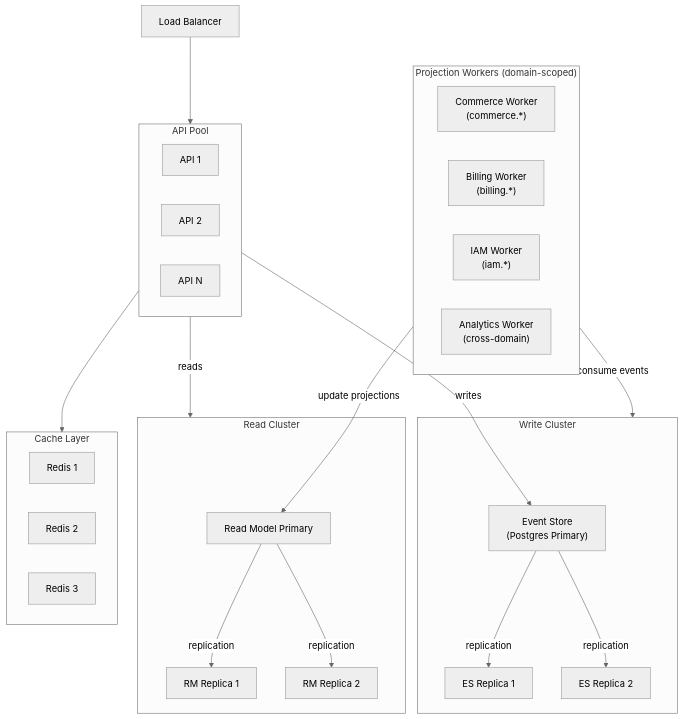
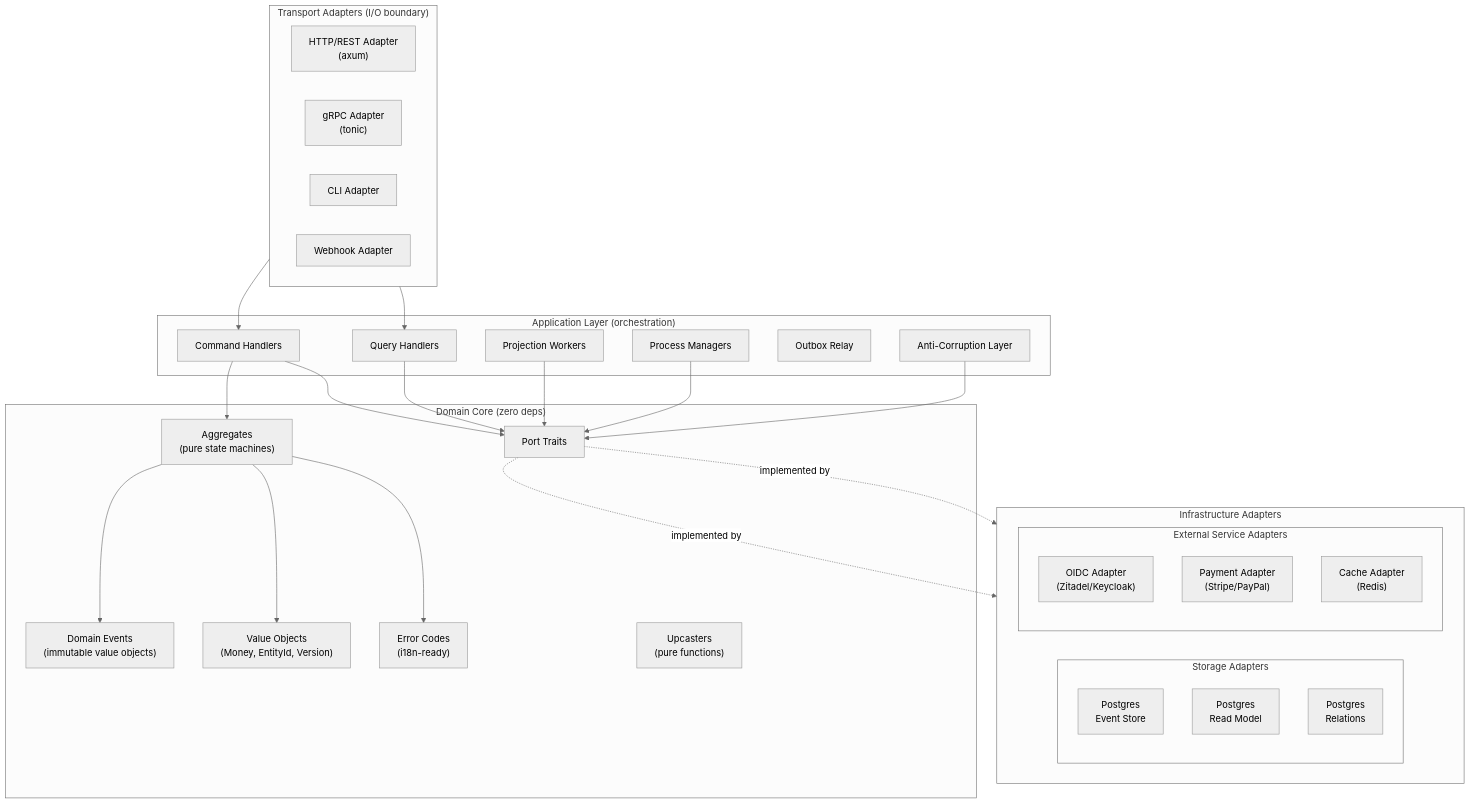
One commit to hlop3z/claude-ai-dangerous changed the tenth of 17 diagrams in .claude/.notes/Event-Driven-System.md. Above: the diagram before and after it, drawn with Mermaid (neutral theme). The commit also changed other lines of this file, not shown here.

````diff
--- a/.claude/.notes/Event-Driven-System.md
+++ b/.claude/.notes/Event-Driven-System.md
@@ -1263,49 +1223,57 @@
 ```mermaid
 flowchart TD
-    LB["Load Balancer"]
-
-    subgraph API_POOL["API Pool"]
-        API1["API 1"]
-        API2["API 2"]
-        APIN["API N"]
+    subgraph Transport["Transport Adapters (I/O boundary)"]
+        HTTP["HTTP/REST Adapter\n(axum)"]
+        GRPC["gRPC Adapter\n(tonic)"]
+        CLI["CLI Adapter"]
+        WEBHOOK["Webhook Adapter"]
     end
 
-    subgraph WRITE_CLUSTER["Write Cluster"]
-        PG_ES["Event Store\n(Postgres Primary)"]
-        PG_ES_R1["ES Replica 1"]
-        PG_ES_R2["ES Replica 2"]
+    subgraph Application["Application Layer (orchestration)"]
+        CH["Command Handlers"]
+        QH["Query Handlers"]
+        PW["Projection Workers"]
+        PM["Process Managers"]
+        OR["Outbox Relay"]
+        ACL["Anti-Corruption Layer"]
     end
 
-    subgraph READ_CLUSTER["Read Cluster"]
-        PG_RM["Read Model Primary"]
-        PG_RM_R1["RM Replica 1"]
-        PG_RM_R2["RM Replica 2"]
+    subgraph Domain["Domain Core (zero deps)"]
+        AGG["Aggregates\n(pure state machines)"]
+        EVT["Domain Events\n(immutable value objects)"]
+        PORTS["Port Traits"]
+        VO["Value Objects\n(Money, EntityId, Version)"]
+        ERR["Error Codes\n(i18n-ready)"]
+        UPC["Upcasters\n(pure functions)"]
     end
 
-    subgraph PROJECTION_POOL["Projection Workers (domain-scoped)"]
-        PW1["Commerce Worker\n(commerce.*)"]
-        PW2["Billing Worker\n(billing.*)"]
-        PW3["IAM Worker\n(iam.*)"]
-        PW4["Analytics Worker\n(cross-domain)"]
+    subgraph Infrastructure["Infrastructure Adapters"]
+        direction LR
+        subgraph Storage["Storage Adapters"]
+            PG_ES["Postgres\nEvent Store"]
+            PG_RM["Postgres\nRead Model"]
+            PG_REL["Postgres\nRelations"]
+        end
+        subgraph External["External Service Adapters"]
+            AUTH["OIDC Adapter\n(Zitadel/Keycloak)"]
+            PAY["Payment Adapter\n(Stripe/PayPal)"]
+            CACHE["Cache Adapter\n(Redis)"]
+        end
     end
 
-    subgraph CACHE["Cache Layer"]
-        RC1["Redis 1"]
-        RC2["Redis 2"]
-        RC3["Redis 3"]
-    end
+    Transport --> CH
+    Transport --> QH
+    CH --> AGG
+    CH --> PORTS
+    QH --> PORTS
+    PW --> PORTS
+    PM --> PORTS
+    ACL --> PORTS
 
-    LB --> API_POOL
-    API_POOL -->|"writes"| PG_ES
-    API_POOL -->|"reads"| READ_CLUSTER
-    API_POOL --> CACHE
+    AGG --> EVT
+    AGG --> VO
+    AGG --> ERR
 
-    PG_ES -->|"replication"| PG_ES_R1
-    PG_ES -->|"replication"| PG_ES_R2
-
-    PROJECTION_POOL -->|"consume events"| WRITE_CLUSTER
-    PROJECTION_POOL -->|"update projections"| PG_RM
-
-    PG_RM -->|"replication"| PG_RM_R1
-    PG_RM -->|"replication"| PG_RM_R2
+    PORTS -.->|"implemented by"| Storage
+    PORTS -.->|"implemented by"| External
 ```
````
